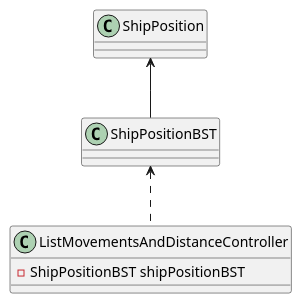
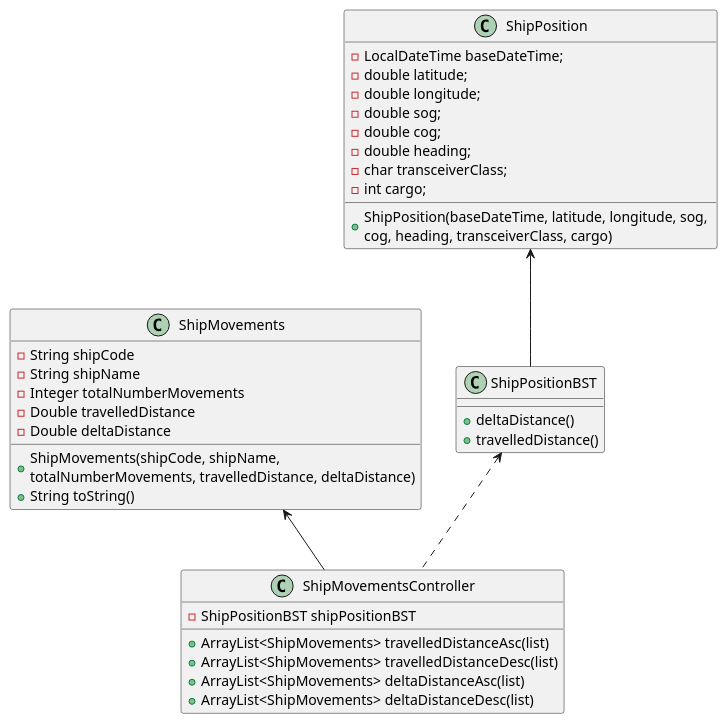
One commit to 1190772/LAB-Project-3 changed the diagram in docs/Sprint 1/US/US105/US105_CD.puml. Above: the diagram before and after it, drawn with PlantUML. The commit also changed 5 other files, not shown here.

```diff
--- a/docs/Sprint 1/US/US105/US105_CD.puml
+++ b/docs/Sprint 1/US/US105/US105_CD.puml
@@ -1,22 +1,50 @@
 @startuml
 'https://plantuml.com/class-diagram
 
 /'class ShipMovementsUI {
 - ShipMovementsController controller
 - ShipMovements details
 }'/
 
-class ListMovementsAndDistanceController {
+class ShipMovementsController {
 - ShipPositionBST shipPositionBST
++ ArrayList<ShipMovements> travelledDistanceAsc(list)
++ ArrayList<ShipMovements> travelledDistanceDesc(list)
++ ArrayList<ShipMovements> deltaDistanceAsc(list)
++ ArrayList<ShipMovements> deltaDistanceDesc(list)
 }
 
-class ShipPositionBST
+class ShipMovements {
+- String shipCode
+- String shipName
+- Integer totalNumberMovements
+- Double travelledDistance
+- Double deltaDistance
++ ShipMovements(shipCode, shipName, \ntotalNumberMovements, travelledDistance, deltaDistance)
++ String toString()
+}
 
-class ShipPosition
+class ShipPositionBST {
++ deltaDistance()
++ travelledDistance()
+}
 
-'ListMovementsAndDistanceController <.. ShipMovementsUI
+class ShipPosition {
+- LocalDateTime baseDateTime;
+- double latitude;
+- double longitude;
+- double sog;
+- double cog;
+- double heading;
+- char transceiverClass;
+- int cargo;
++ ShipPosition(baseDateTime, latitude, longitude, sog, \ncog, heading, transceiverClass, cargo)
+}
 
-ShipPositionBST <.. ListMovementsAndDistanceController
+'ShipMovementsController <.. ShipMovementsUI
+
+ShipPositionBST <.. ShipMovementsController
 ShipPosition <-- ShipPositionBST
 'ShipMovements <.. ShipMovementsUI
+ShipMovements <-- ShipMovementsController
 @enduml
```
